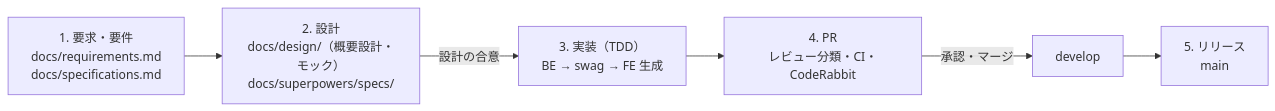
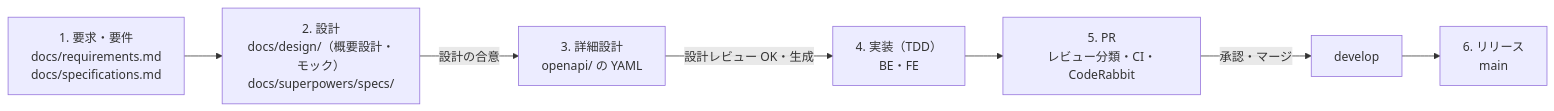
Before and after one commit to mrstsgk/book-management-system: the diagram in docs/rules/development-flow.md, drawn with Mermaid. The commit also changed other lines of this file and 11 other files, not shown here.

````diff
--- a/docs/rules/development-flow.md
+++ b/docs/rules/development-flow.md
@@ -5,8 +5,9 @@
 ```mermaid
 flowchart LR
   R["1. 要求・要件<br/>docs/requirements.md<br/>docs/specifications.md"] --> D["2. 設計<br/>docs/design/（概要設計・モック）<br/>docs/superpowers/specs/"]
-  D -->|設計の合意| I["3. 実装（TDD）<br/>BE → swag → FE 生成"]
-  I --> P["4. PR<br/>レビュー分類・CI・CodeRabbit"]
+  D -->|設計の合意| DD["3. 詳細設計<br/>openapi/ の YAML"]
+  DD -->|設計レビュー OK・生成| I["4. 実装（TDD）<br/>BE・FE"]
+  I --> P["5. PR<br/>レビュー分類・CI・CodeRabbit"]
   P -->|承認・マージ| Dev["develop"]
-  Dev --> Rel["5. リリース<br/>main"]
+  Dev --> Rel["6. リリース<br/>main"]
 ```
````
